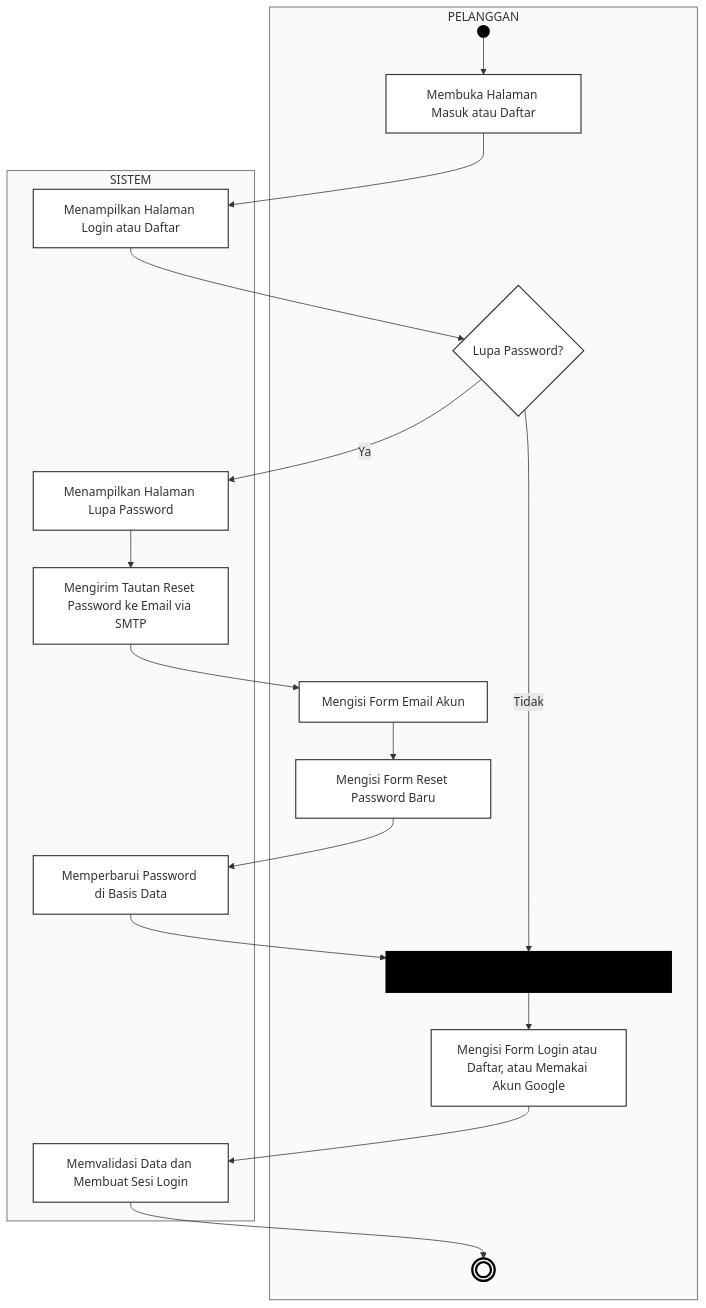
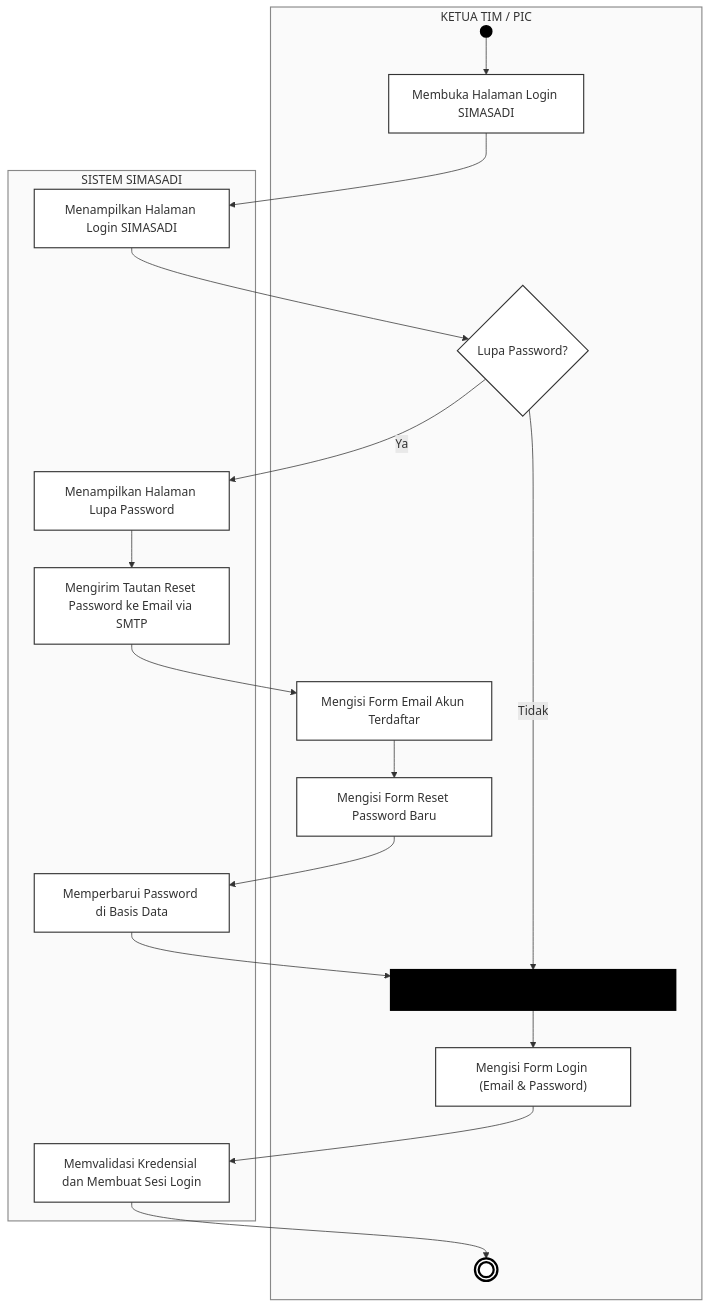
Before and after one commit to greedykid/prototype-magang: the first of 2 diagrams in docs/activity-diagram-autentikasi-pelanggan.md, drawn with Mermaid. The commit also changed other lines of this file, not shown here.

Commit message:
docs: adjust activity diagram actor to Ketua Tim & PIC according to SIMASADI system roles

````diff
--- a/docs/activity-diagram-autentikasi-pelanggan.md
+++ b/docs/activity-diagram-autentikasi-pelanggan.md
@@ -9,63 +9,63 @@
 ```mermaid
 flowchart TD
-    %% Swimlane Pelanggan
-    subgraph PELANGGAN["PELANGGAN"]
+    %% Swimlane Ketua Tim & PIC
+    subgraph PENGGUNA["KETUA TIM / PIC"]
         startNode(( ))
-        act_open["Membuka Halaman Masuk atau Daftar"]
+        act_open["Membuka Halaman Login SIMASADI"]
         dec_forgot{"Lupa Password?"}
-        act_email["Mengisi Form Email Akun"]
+        act_email["Mengisi Form Email Akun Terdaftar"]
         act_newpass["Mengisi Form Reset Password Baru"]
         merge_bar["▬▬▬▬▬▬▬▬▬▬▬▬▬▬▬▬▬▬▬▬"]
-        act_fill_login["Mengisi Form Login atau Daftar, atau Memakai Akun Google"]
+        act_fill_login["Mengisi Form Login (Email & Password)"]
         endNode((( )))
     end
 
-    %% Swimlane Sistem
-    subgraph SISTEM["SISTEM"]
-        act_show_login["Menampilkan Halaman Login atau Daftar"]
+    %% Swimlane Sistem SIMASADI
+    subgraph SISTEM["SISTEM SIMASADI"]
+        act_show_login["Menampilkan Halaman Login SIMASADI"]
         act_show_forgot["Menampilkan Halaman Lupa Password"]
         act_send_smtp["Mengirim Tautan Reset Password ke Email via SMTP"]
         act_db_update["Memperbarui Password di Basis Data"]
-        act_validate["Memvalidasi Data dan Membuat Sesi Login"]
+        act_validate["Memvalidasi Kredensial dan Membuat Sesi Login"]
     end
 
     %% Alur Aktivitas (Flow Transitions)
     startNode --> act_open
     act_open --> act_show_login
     act_show_login --> dec_forgot
 
     %% Cabang Lupa Password: Ya
     dec_forgot -- "Ya" --> act_show_forgot
     act_show_forgot --> act_send_smtp
     act_send_smtp --> act_email
     act_email --> act_newpass
     act_newpass --> act_db_update
     act_db_update --> merge_bar
 
     %% Cabang Lupa Password: Tidak
     dec_forgot -- "Tidak" --> merge_bar
 
     %% Penggabungan (Join / Merge) menuju Form Login
     merge_bar --> act_fill_login
     act_fill_login --> act_validate
     act_validate --> endNode
 
-    %% Styling Komponen UML
+    %% Styling Komponen UML Sesuai Standar
     style startNode fill:#000000,stroke:#000000,stroke-width:2px
     style endNode fill:#ffffff,stroke:#000000,stroke-width:3px
     style merge_bar fill:#000000,color:#000000,stroke:#000000,stroke-width:2px
     style dec_forgot fill:#ffffff,stroke:#333333,stroke-width:1.5px
     
     style act_open fill:#ffffff,stroke:#333333,stroke-width:1.5px
     style act_show_login fill:#ffffff,stroke:#333333,stroke-width:1.5px
     style act_show_forgot fill:#ffffff,stroke:#333333,stroke-width:1.5px
     style act_send_smtp fill:#ffffff,stroke:#333333,stroke-width:1.5px
     style act_email fill:#ffffff,stroke:#333333,stroke-width:1.5px
     style act_newpass fill:#ffffff,stroke:#333333,stroke-width:1.5px
     style act_db_update fill:#ffffff,stroke:#333333,stroke-width:1.5px
     style act_fill_login fill:#ffffff,stroke:#333333,stroke-width:1.5px
     style act_validate fill:#ffffff,stroke:#333333,stroke-width:1.5px
 
-    style PELANGGAN fill:#fafafa,stroke:#888888,stroke-width:1.5px
+    style PENGGUNA fill:#fafafa,stroke:#888888,stroke-width:1.5px
     style SISTEM fill:#fafafa,stroke:#888888,stroke-width:1.5px
 ```
````
